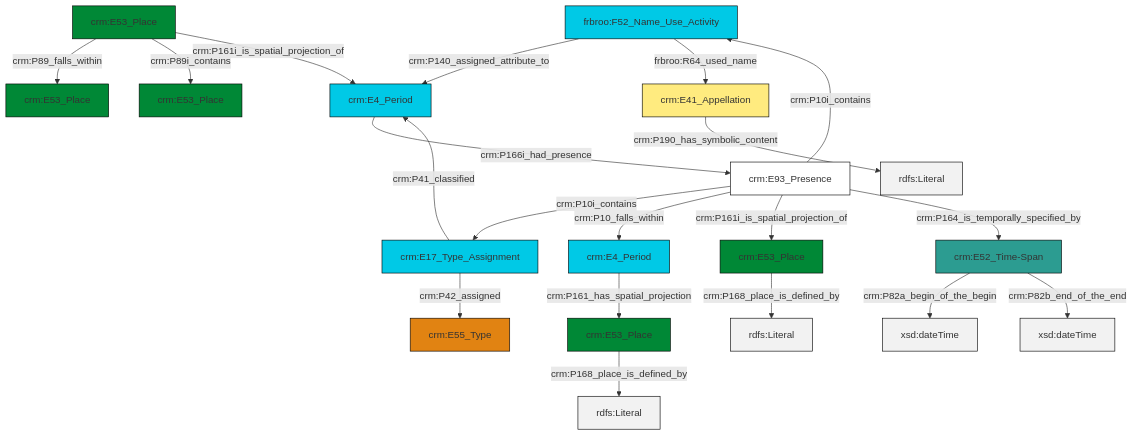
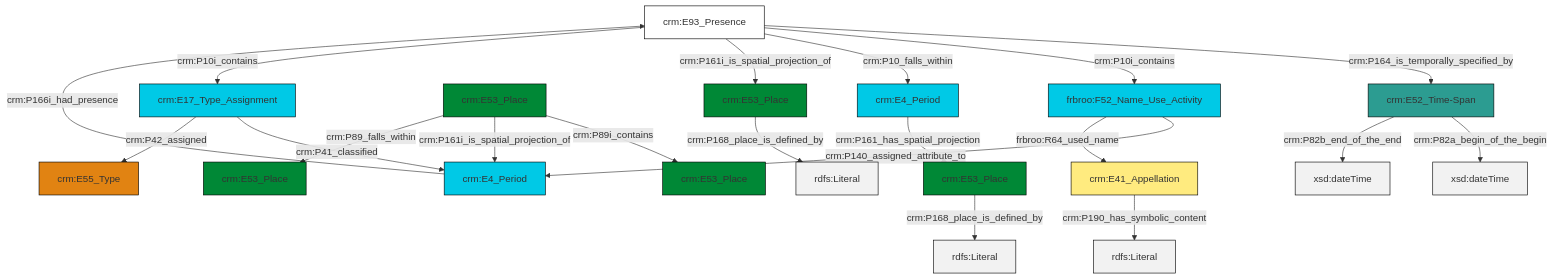
Before and after one commit to swiss-art-research-net/reference-data-models: the diagram in et/placeCSV/ttl/mmd/place_parthood.ttl.mmd, drawn with Mermaid. The commit also changed 126 other files, not shown here.

```diff
--- a/et/placeCSV/ttl/mmd/place_parthood.ttl.mmd
+++ b/et/placeCSV/ttl/mmd/place_parthood.ttl.mmd
@@ -1,34 +1,34 @@
 graph TD
 classDef Literal fill:#f2f2f2,stroke:#000000;
 classDef CRM_Entity fill:#FFFFFF,stroke:#000000;
 classDef Temporal_Entity fill:#00C9E6, stroke:#000000;
 classDef Type fill:#E18312, stroke:#000000;
 classDef Time-Span fill:#2C9C91, stroke:#000000;
 classDef Appellation fill:#FFEB7F, stroke:#000000;
 classDef Place fill:#008836, stroke:#000000;
 classDef Persistent_Item fill:#B266B2, stroke:#000000;
 classDef Conceptual_Object fill:#FFD700, stroke:#000000;
 classDef Physical_Thing fill:#D2B48C, stroke:#000000;
 classDef Actor fill:#f58aad, stroke:#000000;
 classDef PC_Classes fill:#4ce600, stroke:#000000;
 classDef Multi fill:#cccccc,stroke:#000000;
 
-4["crm:E53_Place"]:::Place -->|crm:P89_falls_within| 5["crm:E53_Place"]:::Place
-9["crm:E52_Time-Span"]:::Time-Span -->|crm:P82a_begin_of_the_begin| 10[xsd:dateTime]:::Literal
-0["frbroo:F52_Name_Use_Activity"]:::Temporal_Entity -->|crm:P140_assigned_attribute_to| 11["crm:E4_Period"]:::Temporal_Entity
-14["crm:E17_Type_Assignment"]:::Temporal_Entity -->|crm:P41_classified| 11["crm:E4_Period"]:::Temporal_Entity
-15["crm:E93_Presence"]:::CRM_Entity -->|crm:P10i_contains| 14["crm:E17_Type_Assignment"]:::Temporal_Entity
-16["crm:E53_Place"]:::Place -->|crm:P168_place_is_defined_by| 17[rdfs:Literal]:::Literal
-0["frbroo:F52_Name_Use_Activity"]:::Temporal_Entity -->|frbroo:R64_used_name| 7["crm:E41_Appellation"]:::Appellation
-15["crm:E93_Presence"]:::CRM_Entity -->|crm:P10_falls_within| 12["crm:E4_Period"]:::Temporal_Entity
-15["crm:E93_Presence"]:::CRM_Entity -->|crm:P10i_contains| 0["frbroo:F52_Name_Use_Activity"]:::Temporal_Entity
-19["crm:E53_Place"]:::Place -->|crm:P168_place_is_defined_by| 20[rdfs:Literal]:::Literal
-4["crm:E53_Place"]:::Place -->|crm:P89i_contains| 22["crm:E53_Place"]:::Place
-15["crm:E93_Presence"]:::CRM_Entity -->|crm:P161i_is_spatial_projection_of| 19["crm:E53_Place"]:::Place
-14["crm:E17_Type_Assignment"]:::Temporal_Entity -->|crm:P42_assigned| 2["crm:E55_Type"]:::Type
-12["crm:E4_Period"]:::Temporal_Entity -->|crm:P161_has_spatial_projection| 16["crm:E53_Place"]:::Place
-9["crm:E52_Time-Span"]:::Time-Span -->|crm:P82b_end_of_the_end| 26[xsd:dateTime]:::Literal
-4["crm:E53_Place"]:::Place -->|crm:P161i_is_spatial_projection_of| 11["crm:E4_Period"]:::Temporal_Entity
-11["crm:E4_Period"]:::Temporal_Entity -->|crm:P166i_had_presence| 15["crm:E93_Presence"]:::CRM_Entity
-15["crm:E93_Presence"]:::CRM_Entity -->|crm:P164_is_temporally_specified_by| 9["crm:E52_Time-Span"]:::Time-Span
-7["crm:E41_Appellation"]:::Appellation -->|crm:P190_has_symbolic_content| 29[rdfs:Literal]:::Literal
+4["crm:E93_Presence"]:::CRM_Entity -->|crm:P164_is_temporally_specified_by| 5["crm:E52_Time-Span"]:::Time-Span
+6["crm:E4_Period"]:::Temporal_Entity -->|crm:P166i_had_presence| 4["crm:E93_Presence"]:::CRM_Entity
+7["frbroo:F52_Name_Use_Activity"]:::Temporal_Entity -->|crm:P140_assigned_attribute_to| 6["crm:E4_Period"]:::Temporal_Entity
+5["crm:E52_Time-Span"]:::Time-Span -->|crm:P82a_begin_of_the_begin| 11[xsd:dateTime]:::Literal
+7["frbroo:F52_Name_Use_Activity"]:::Temporal_Entity -->|frbroo:R64_used_name| 12["crm:E41_Appellation"]:::Appellation
+4["crm:E93_Presence"]:::CRM_Entity -->|crm:P10i_contains| 7["frbroo:F52_Name_Use_Activity"]:::Temporal_Entity
+9["crm:E53_Place"]:::Place -->|crm:P89i_contains| 2["crm:E53_Place"]:::Place
+17["crm:E17_Type_Assignment"]:::Temporal_Entity -->|crm:P41_classified| 6["crm:E4_Period"]:::Temporal_Entity
+12["crm:E41_Appellation"]:::Appellation -->|crm:P190_has_symbolic_content| 19[rdfs:Literal]:::Literal
+4["crm:E93_Presence"]:::CRM_Entity -->|crm:P10_falls_within| 13["crm:E4_Period"]:::Temporal_Entity
+4["crm:E93_Presence"]:::CRM_Entity -->|crm:P161i_is_spatial_projection_of| 15["crm:E53_Place"]:::Place
+21["crm:E53_Place"]:::Place -->|crm:P168_place_is_defined_by| 22[rdfs:Literal]:::Literal
+13["crm:E4_Period"]:::Temporal_Entity -->|crm:P161_has_spatial_projection| 21["crm:E53_Place"]:::Place
+9["crm:E53_Place"]:::Place -->|crm:P161i_is_spatial_projection_of| 6["crm:E4_Period"]:::Temporal_Entity
+15["crm:E53_Place"]:::Place -->|crm:P168_place_is_defined_by| 25[rdfs:Literal]:::Literal
+17["crm:E17_Type_Assignment"]:::Temporal_Entity -->|crm:P42_assigned| 0["crm:E55_Type"]:::Type
+9["crm:E53_Place"]:::Place -->|crm:P89_falls_within| 26["crm:E53_Place"]:::Place
+5["crm:E52_Time-Span"]:::Time-Span -->|crm:P82b_end_of_the_end| 29[xsd:dateTime]:::Literal
+4["crm:E93_Presence"]:::CRM_Entity -->|crm:P10i_contains| 17["crm:E17_Type_Assignment"]:::Temporal_Entity
```
